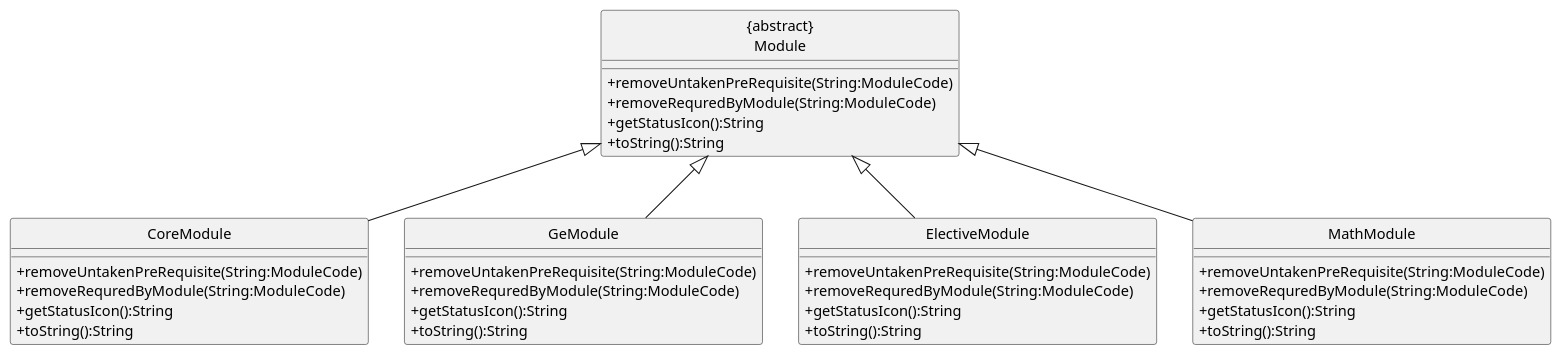
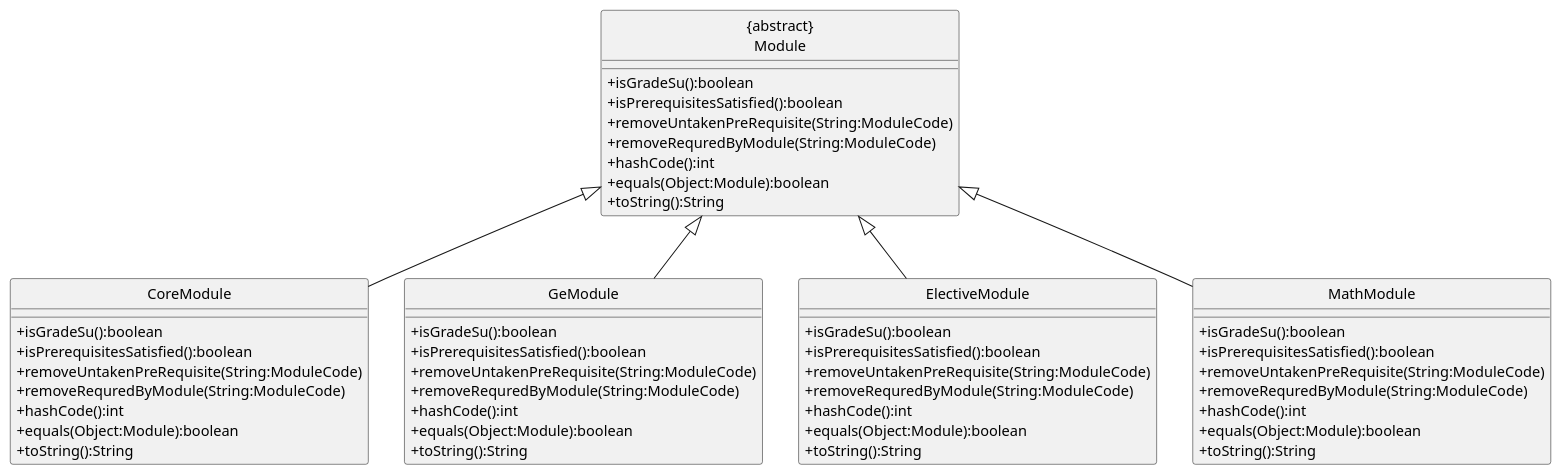
Before and after one commit to oscarlai1998/tp: the diagram in docs/diagrams/ModuleClassDiagram.puml, drawn with PlantUML. The commit also changed 1 other file, not shown here.

Commit message:
Update module class diagram

```diff
--- a/docs/diagrams/ModuleClassDiagram.puml
+++ b/docs/diagrams/ModuleClassDiagram.puml
@@ -1,46 +1,61 @@
 @startuml
 
 hide circle
 skinparam classAttributeIconSize 0
 
 class "{abstract}\nModule" {
+    +isGradeSu():boolean
+    +isPrerequisitesSatisfied():boolean
     +removeUntakenPreRequisite(String:ModuleCode)
     +removeRequredByModule(String:ModuleCode)
-    +getStatusIcon():String
+    +hashCode():int
+    +equals(Object:Module):boolean
     +toString():String
 }
 
 class "CoreModule" {
+    +isGradeSu():boolean
+    +isPrerequisitesSatisfied():boolean
     +removeUntakenPreRequisite(String:ModuleCode)
     +removeRequredByModule(String:ModuleCode)
-    +getStatusIcon():String
+    +hashCode():int
+    +equals(Object:Module):boolean
     +toString():String
 }
 
 class "GeModule" {
+    +isGradeSu():boolean
+    +isPrerequisitesSatisfied():boolean
     +removeUntakenPreRequisite(String:ModuleCode)
     +removeRequredByModule(String:ModuleCode)
-    +getStatusIcon():String
+    +hashCode():int
+    +equals(Object:Module):boolean
     +toString():String
 }
 
 class "ElectiveModule" {
+    +isGradeSu():boolean
+    +isPrerequisitesSatisfied():boolean
     +removeUntakenPreRequisite(String:ModuleCode)
     +removeRequredByModule(String:ModuleCode)
-    +getStatusIcon():String
+    +hashCode():int
+    +equals(Object:Module):boolean
     +toString():String
 }
 
 class "MathModule" {
+    +isGradeSu():boolean
+    +isPrerequisitesSatisfied():boolean
     +removeUntakenPreRequisite(String:ModuleCode)
     +removeRequredByModule(String:ModuleCode)
-    +getStatusIcon():String
+    +hashCode():int
+    +equals(Object:Module):boolean
     +toString():String
 }
 
 "{abstract}\nModule" <|-- "CoreModule"
 "{abstract}\nModule" <|-- "GeModule"
 "{abstract}\nModule" <|-- "ElectiveModule"
 "{abstract}\nModule" <|-- "MathModule"
 
 @enduml
```
